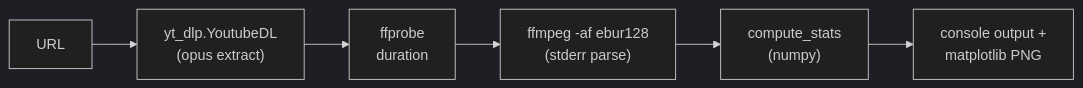
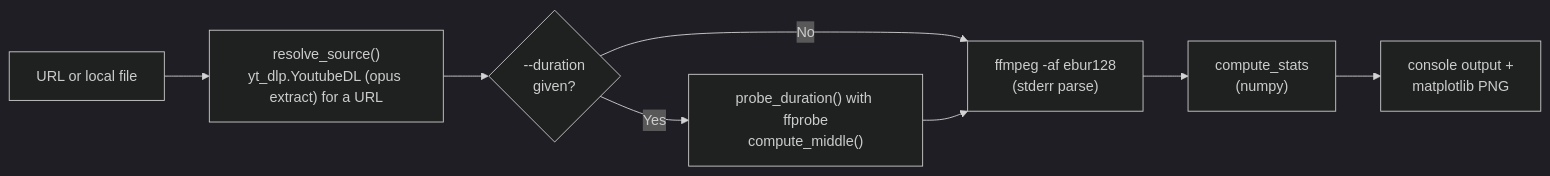
Before and after one commit to semnil/analyze-loudness: the second of 4 diagrams in docs/architecture.md, drawn with Mermaid (dark theme). The commit also changed other lines of this file and 7 other files, not shown here.

````diff
--- a/docs/architecture.md
+++ b/docs/architecture.md
@@ -77,8 +81,10 @@
 ```mermaid
 graph LR
-    A["URL"] --> B["yt_dlp.YoutubeDL<br/>(opus extract)"]
-    B --> C["ffprobe<br/>duration"]
-    C --> D["ffmpeg -af ebur128<br/>(stderr parse)"]
-    D --> E["compute_stats<br/>(numpy)"]
-    E --> F["console output +<br/>matplotlib PNG"]
+    A["URL or local file"] --> B["resolve_source()<br>yt_dlp.YoutubeDL (opus extract) for a URL"]
+    B --> C{"--duration<br>given?"}
+    C -->|Yes| D["probe_duration() with ffprobe<br>compute_middle()"]
+    C -->|No| E["ffmpeg -af ebur128<br>(stderr parse)"]
+    D --> E
+    E --> F["compute_stats<br>(numpy)"]
+    F --> G["console output +<br>matplotlib PNG"]
 ```
````
